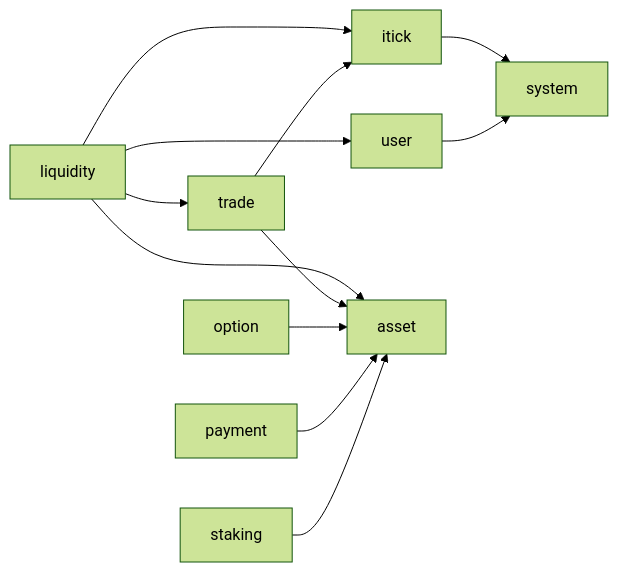
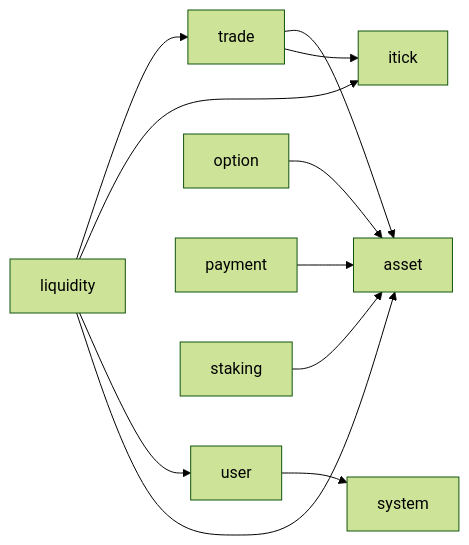
The diagram in services/RPC_DEPENDENCY_REVIEW.md (colbort/wklive), drawn with Mermaid (forest theme) before and after one commit. The commit also changed other lines of this file and 22 other files, not shown here.

````diff
--- a/services/RPC_DEPENDENCY_REVIEW.md
+++ b/services/RPC_DEPENDENCY_REVIEW.md
@@ -33,16 +36,15 @@
 ```mermaid
 graph LR
     liquidity --> trade
     liquidity --> itick
     liquidity --> user
     liquidity --> asset
 
     trade --> asset
     trade --> itick
 
-    itick --> system
     user --> system
     option --> asset
     payment --> asset
     staking --> asset
 ```
````
